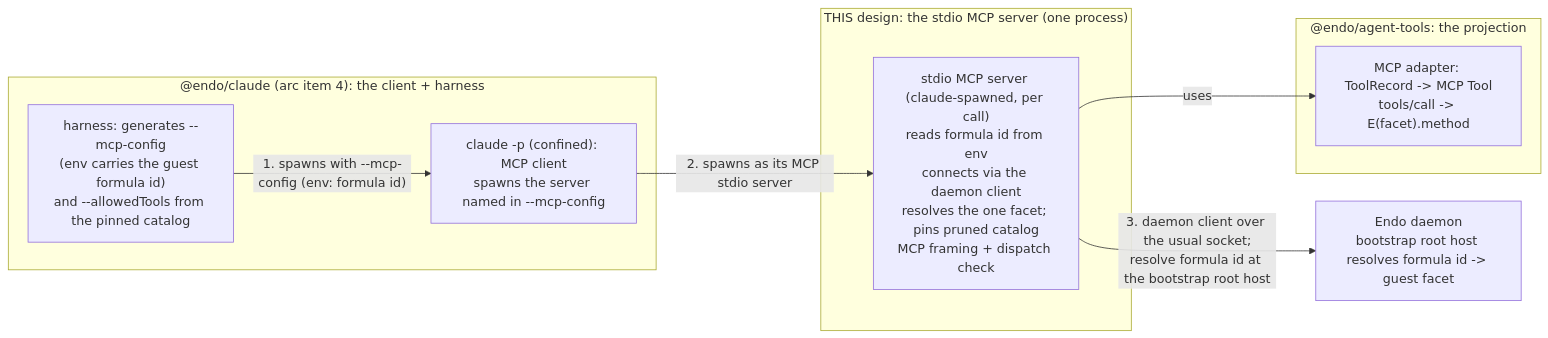
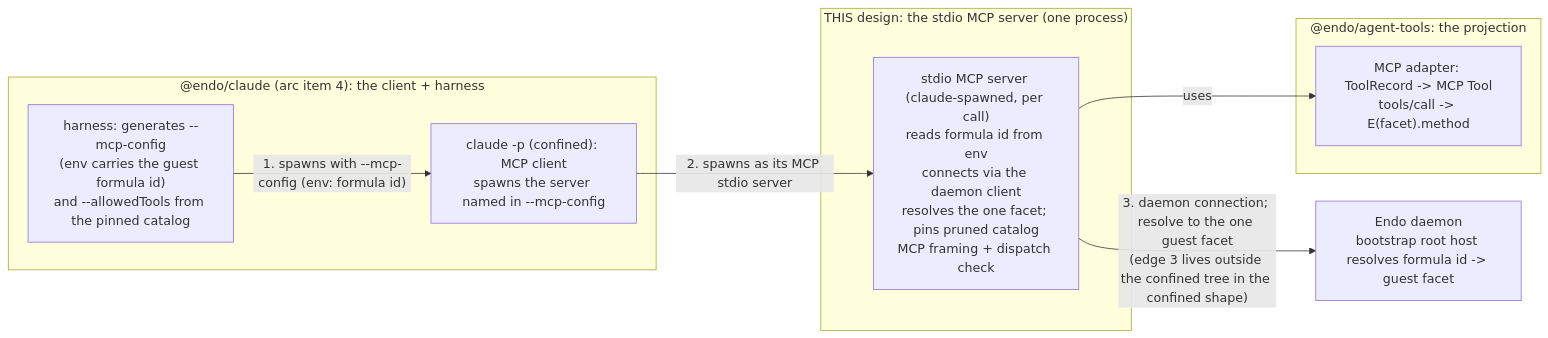
Before and after one commit to endojs/endo-but-for-bots: the diagram in designs/endo-guest-stdio-mcp.md, drawn with Mermaid. The commit also changed other lines of this file, not shown here.

First line of the commit message:
docs(designs): rsvp PR #1226 review on endo-guest-stdio-mcp

````diff
--- a/designs/endo-guest-stdio-mcp.md
+++ b/designs/endo-guest-stdio-mcp.md
@@ -97,18 +90,18 @@
 ```mermaid
 flowchart LR
   subgraph claude["@endo/claude (arc item 4): the client + harness"]
     HARNESS["harness: generates --mcp-config<br/>(env carries the guest formula id)<br/>and --allowedTools from the pinned catalog"]
     CLAUDE["claude -p (confined): MCP client<br/>spawns the server named in --mcp-config"]
   end
   subgraph thisdoc["THIS design: the stdio MCP server (one process)"]
     SERVER["stdio MCP server (claude-spawned, per call)<br/>reads formula id from env<br/>connects via the daemon client<br/>resolves the one facet; pins pruned catalog<br/>MCP framing + dispatch check"]
   end
   subgraph proj["@endo/agent-tools: the projection"]
     ADP["MCP adapter: ToolRecord -> MCP Tool<br/>tools/call -> E(facet).method"]
   end
   DAEMON["Endo daemon<br/>bootstrap root host resolves formula id -> guest facet"]
   HARNESS -->|"1. spawns with --mcp-config (env: formula id)"| CLAUDE
   CLAUDE -->|"2. spawns as its MCP stdio server"| SERVER
   SERVER -->|uses| ADP
-  SERVER -->|"3. daemon client over the usual socket;<br/>resolve formula id at the bootstrap root host"| DAEMON
+  SERVER -->|"3. daemon connection; resolve to the one guest facet<br/>(edge 3 lives outside the confined tree in the confined shape)"| DAEMON
 ```
````
